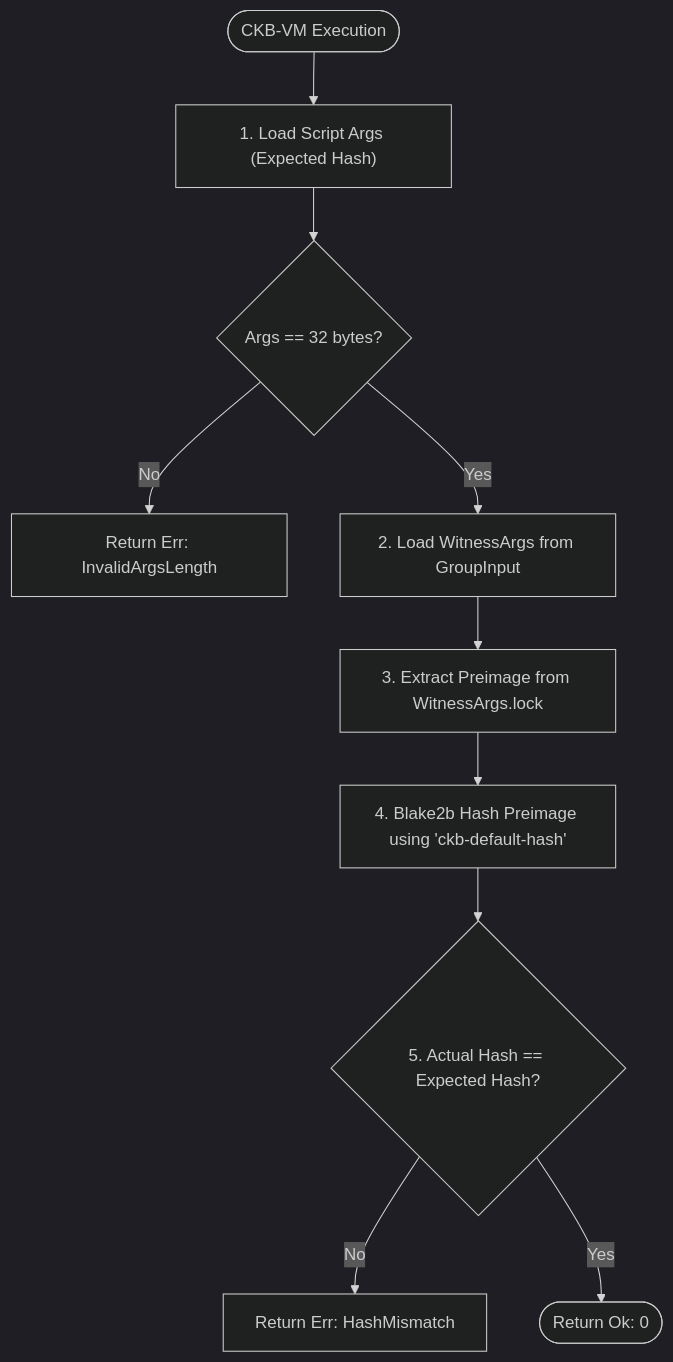
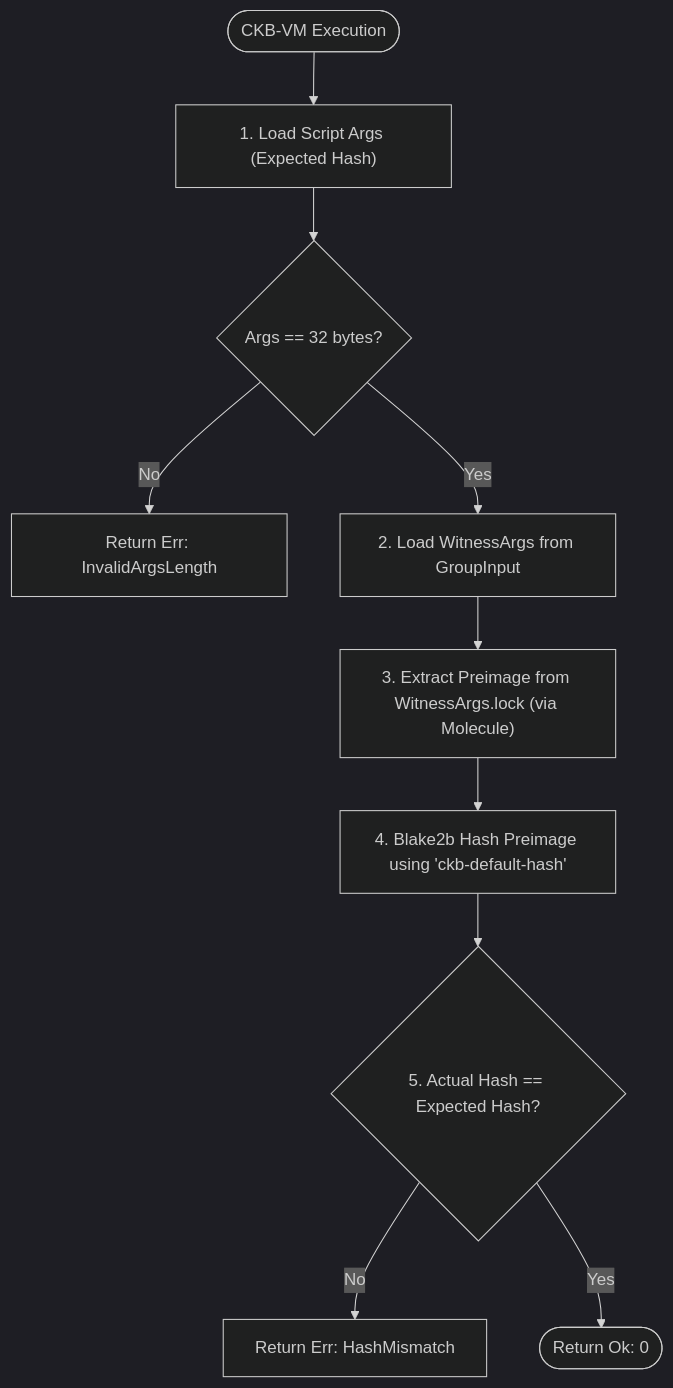
The diagram in week5/simple_lock_project/ckb-rust-script/README.md (hiepthach/CKBuilder), drawn with Mermaid (dark theme) before and after one commit. The commit also changed other lines of this file and 23 other files, not shown here.

````diff
--- a/week5/simple_lock_project/ckb-rust-script/README.md
+++ b/week5/simple_lock_project/ckb-rust-script/README.md
@@ -18,12 +18,12 @@
 ```mermaid
 flowchart TD
     Start(["CKB-VM Execution"]) --> LoadArgs["1. Load Script Args (Expected Hash)"]
     LoadArgs --> VerifyArgs{"Args == 32 bytes?"}
     VerifyArgs -- No --> ErrArgs["Return Err: InvalidArgsLength"]
     VerifyArgs -- Yes --> LoadWitness["2. Load WitnessArgs from GroupInput"]
-    LoadWitness --> ExtractPreimage["3. Extract Preimage from WitnessArgs.lock"]
+    LoadWitness --> ExtractPreimage["3. Extract Preimage from WitnessArgs.lock (via Molecule)"]
     ExtractPreimage --> Hash["4. Blake2b Hash Preimage using 'ckb-default-hash'"]
     Hash --> Compare{"5. Actual Hash == Expected Hash?"}
     Compare -- No --> ErrHash["Return Err: HashMismatch"]
     Compare -- Yes --> Success(["Return Ok: 0"])
 ```
````
